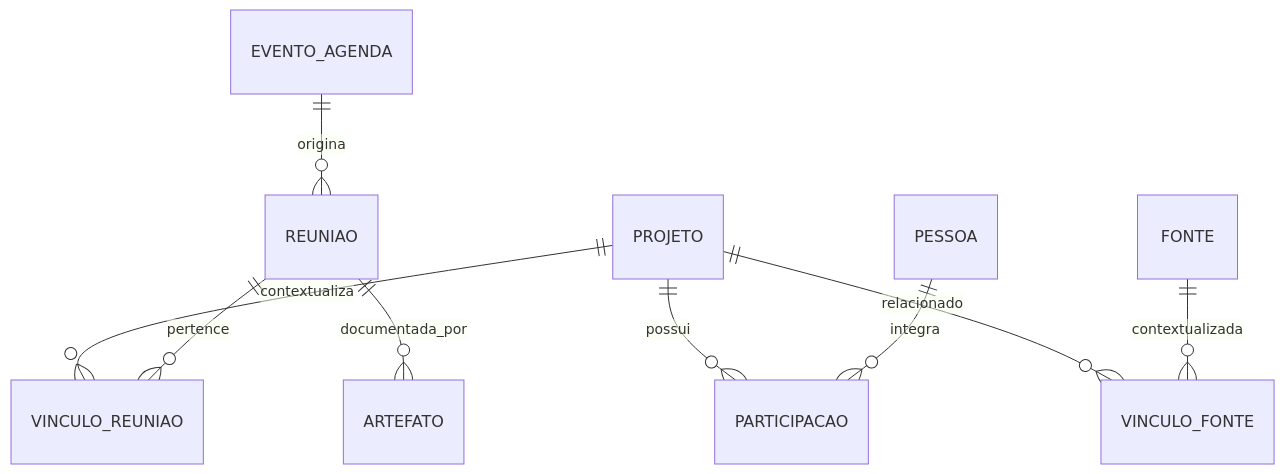
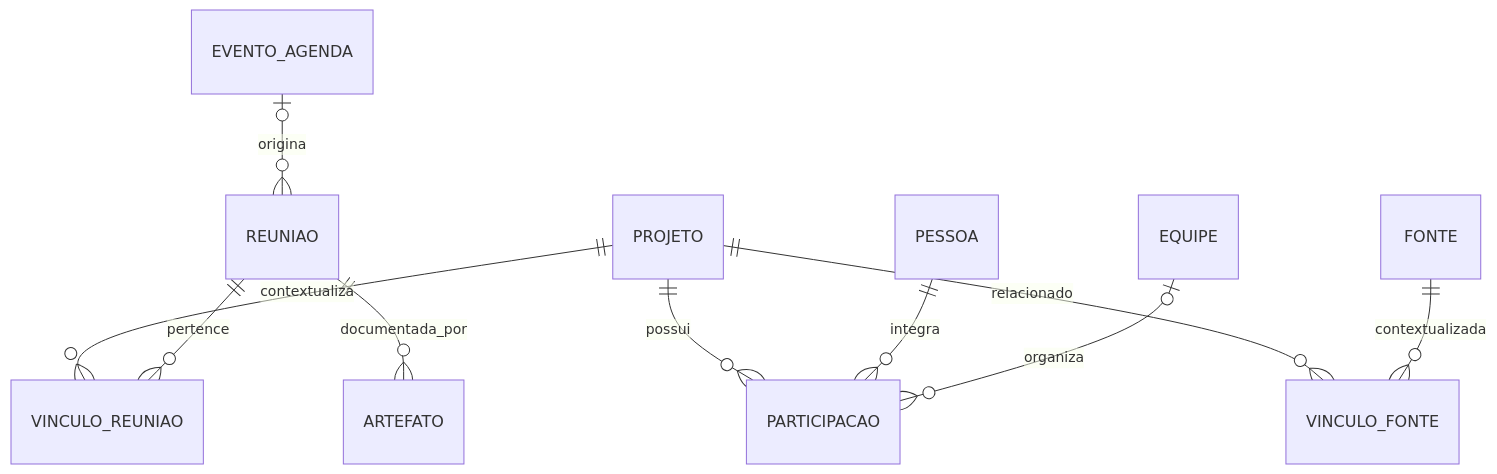
The diagram in docs/contexto/README.md (estevaoeller/aspone), drawn with Mermaid before and after one commit. The commit also changed other lines of this file, not shown here.

Commit message:
docs: explicitar equipe e evento de agenda opcional no modelo conceitual

````diff
--- a/docs/contexto/README.md
+++ b/docs/contexto/README.md
@@ -11,11 +11,12 @@
 ```mermaid
 erDiagram
   PROJETO ||--o{ PARTICIPACAO : possui
   PESSOA ||--o{ PARTICIPACAO : integra
+  EQUIPE |o--o{ PARTICIPACAO : organiza
   PROJETO ||--o{ VINCULO_REUNIAO : contextualiza
   REUNIAO ||--o{ VINCULO_REUNIAO : pertence
-  EVENTO_AGENDA ||--o{ REUNIAO : origina
+  EVENTO_AGENDA |o--o{ REUNIAO : origina
   REUNIAO ||--o{ ARTEFATO : documentada_por
   PROJETO ||--o{ VINCULO_FONTE : relacionado
   FONTE ||--o{ VINCULO_FONTE : contextualizada
 ```
````
